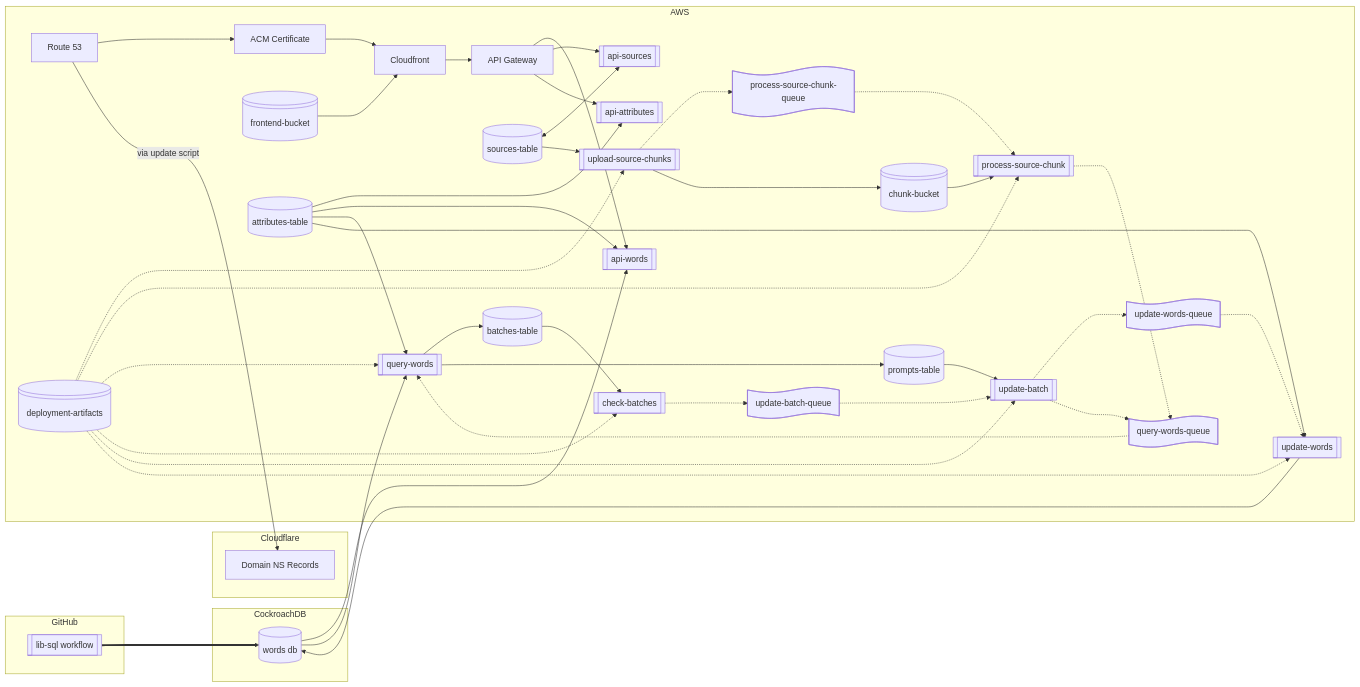
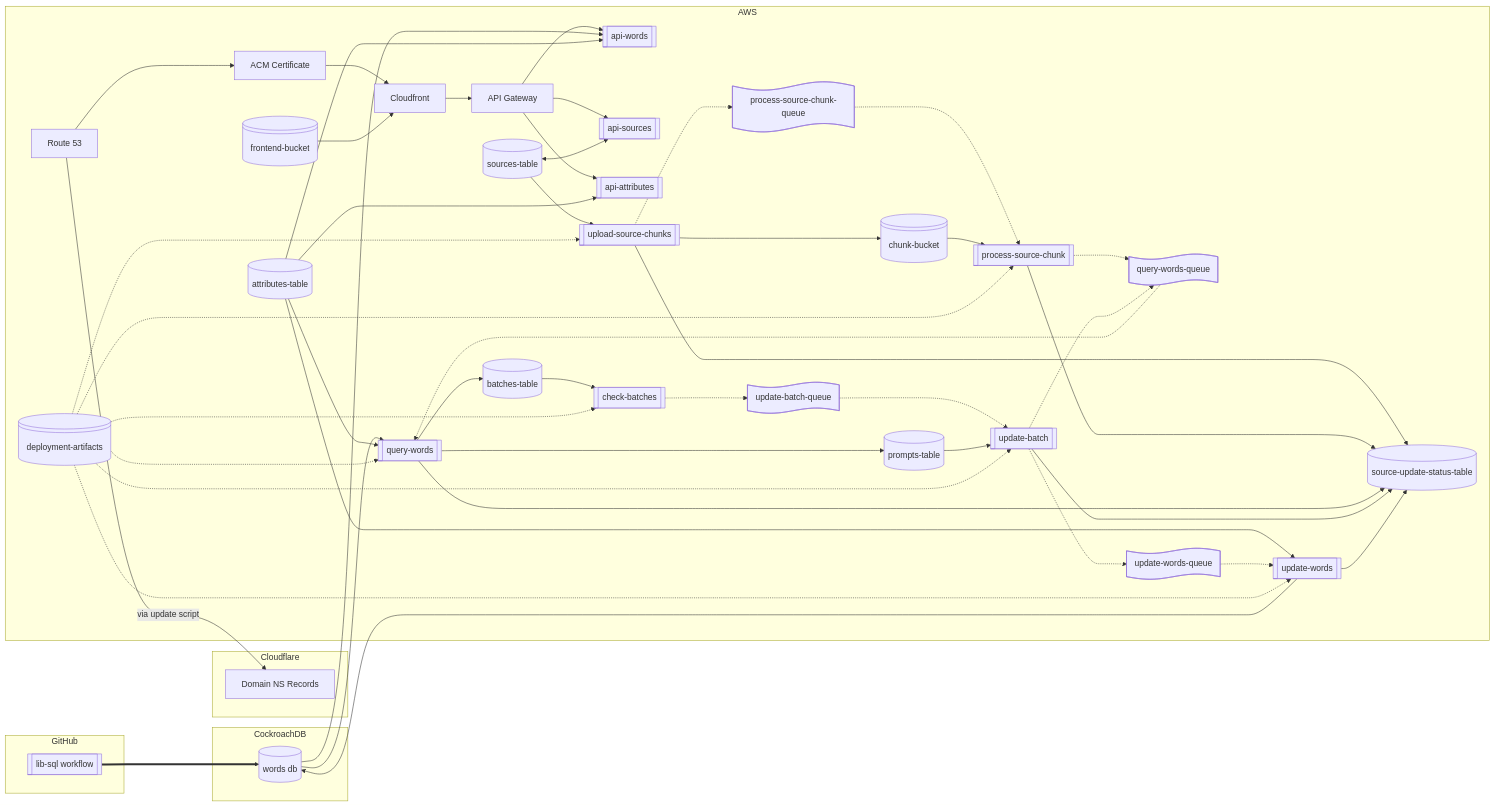
One commit to word-list/infrastructure changed the diagram in README.md. Above: the diagram before and after it, drawn with Mermaid. The commit also changed 20 other files, not shown here.

Commit message:
Add source-update-status-table

```diff
--- a/README.md
+++ b/README.md
@@ -11,10 +11,10 @@
     subgraph Cloudflare
         dns[Domain NS Records]
     end
-    subgraph CockroachDB 
+    subgraph CockroachDB
         words_db[(words db)]
     end
-    subgraph GitHub 
+    subgraph GitHub
         deployments[[lib-sql workflow]] ==> words_db
     end
     subgraph AWS
@@ -25,10 +25,10 @@
         certificate[ACM Certificate]
 
         api_words[[api-words]]
-        api_sources[[api-sources]]    
+        api_sources[[api-sources]]
         api_attributes[[api-attributes]]
 
-        upload_source_chunks[[upload-source-chunks]]    
+        upload_source_chunks[[upload-source-chunks]]
         process_source_chunk[[process-source-chunk]]
         query_words[[query-words]]
 
@@ -38,39 +38,42 @@
 
         chunk_bucket@{shape: lin-cyl, label: "chunk-bucket"}
         frontend_bucket@{shape: lin-cyl, label: "frontend-bucket"}
-        artifact_bucket@{shape: lin-cyl, label: "deployment-artifacts"}        
+        artifact_bucket@{shape: lin-cyl, label: "deployment-artifacts"}
 
         process_source_chunk_queue@{shape: paper-tape, label: "process-source-chunk-queue"}
         query_words_queue@{shape: paper-tape, label: "query-words-queue"}
         update_batch_queue@{shape: paper-tape, label: "update-batch-queue"}
-        update_words_queue@{shape: paper-tape, label: "update-words-queue"}        
+        update_words_queue@{shape: paper-tape, label: "update-words-queue"}
 
         sources_table[(sources-table)]
         batches_table[(batches-table)]
         prompts_table[(prompts-table)]
         attributes_table[(attributes-table)]
-        
+        source_update_status_table[(source-update-status-table)]
+
         route_53 --> certificate --> cloudfront
-        
-        frontend_bucket --> cloudfront 
-        route_53 -- via update script --> dns        
-                
+
+        frontend_bucket --> cloudfront
+        route_53 -- via update script --> dns
+
         cloudfront
             --> api_gateway
-            --> api_words  
+            --> api_words
         api_gateway --> api_sources
         api_gateway --> api_attributes
 
-        upload_source_chunks 
-            -..-> process_source_chunk_queue 
+        upload_source_chunks
+            -..-> process_source_chunk_queue
             -..-> process_source_chunk
             -..-> query_words_queue
             -..-> query_words
 
         upload_source_chunks --> chunk_bucket --> process_source_chunk
+        upload_source_chunks --> source_update_status_table
+        process_source_chunk --> source_update_status_table
 
         words_db --> api_words
-        words_db --> query_words         
+        words_db --> query_words
 
         sources_table <--> api_sources
         sources_table --> upload_source_chunks
@@ -82,15 +85,19 @@
 
         query_words --> batches_table
         query_words --> prompts_table
+        query_words --> source_update_status_table
 
-        batches_table 
-            --> check_batches 
+        batches_table
+            --> check_batches
             -..-> update_batch_queue
             -..-> update_batch
             -..-> update_words_queue
             -..-> update_words --> words_db
 
         update_batch -..-> query_words_queue
+        update_batch  --> source_update_status_table
+        update_words --> source_update_status_table
+
         prompts_table --> update_batch
 
         artifact_bucket -..-> upload_source_chunks
```
